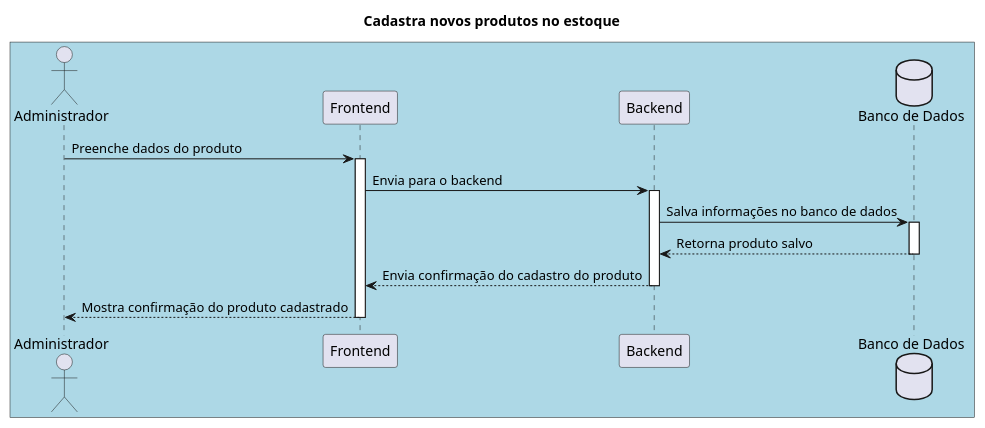
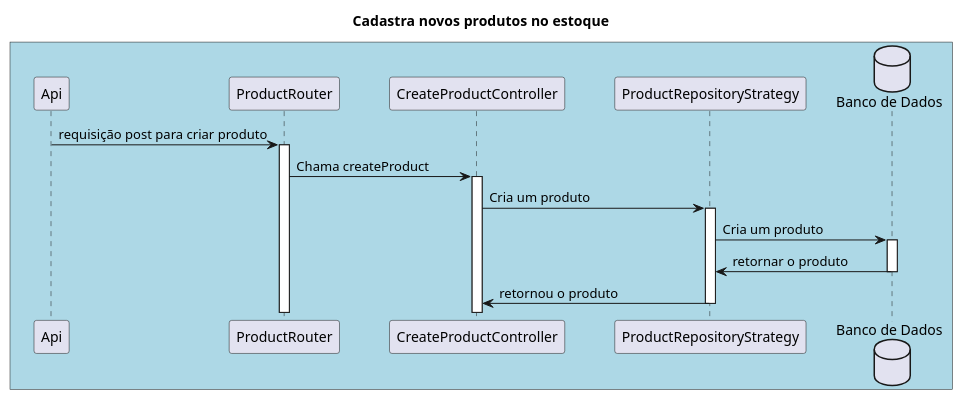
One commit to vaniacourses/projeto-software-robson-caetano changed the diagram in docs/sequencia/cadastra-produtos.puml. Above: the diagram before and after it, drawn with PlantUML.

Commit message:
improvement 'cadastra-produtos' sequence diagram

```diff
--- a/docs/sequencia/cadastra-produtos.puml
+++ b/docs/sequencia/cadastra-produtos.puml
@@ -1,26 +1,28 @@
 @startuml
 skinparam participantPadding 20
 skinparam boxPadding 10
 
 title "Cadastra novos produtos no estoque" 
 
 box #LightBlue
 
-actor "Administrador" as admin
-participant "Frontend" as front
-participant "Backend" as back
+participant "Api" as A
+participant "ProductRouter" as R
+participant "CreateProductController" as C
+participant "ProductRepositoryStrategy" as PRP
 database "Banco de Dados" as DB
 
-admin-> front: Preenche dados do produto
-activate front
-front->back: Envia para o backend
-activate back
-back->DB: Salva informações no banco de dados
+A -> R: requisição post para criar produto
+activate R
+R -> C: Chama createProduct
+activate C
+C -> PRP: Cria um produto
+activate PRP
+PRP -> DB: Cria um produto
 activate DB
-DB-->back: Retorna produto salvo
+DB -> PRP: retornar o produto
 deactivate DB
-back-->front: Envia confirmação do cadastro do produto
-deactivate back
-front-->admin: Mostra confirmação do produto cadastrado
-deactivate front
+PRP -> C: retornou o produto
+deactivate PRP
+
 @enduml
```
